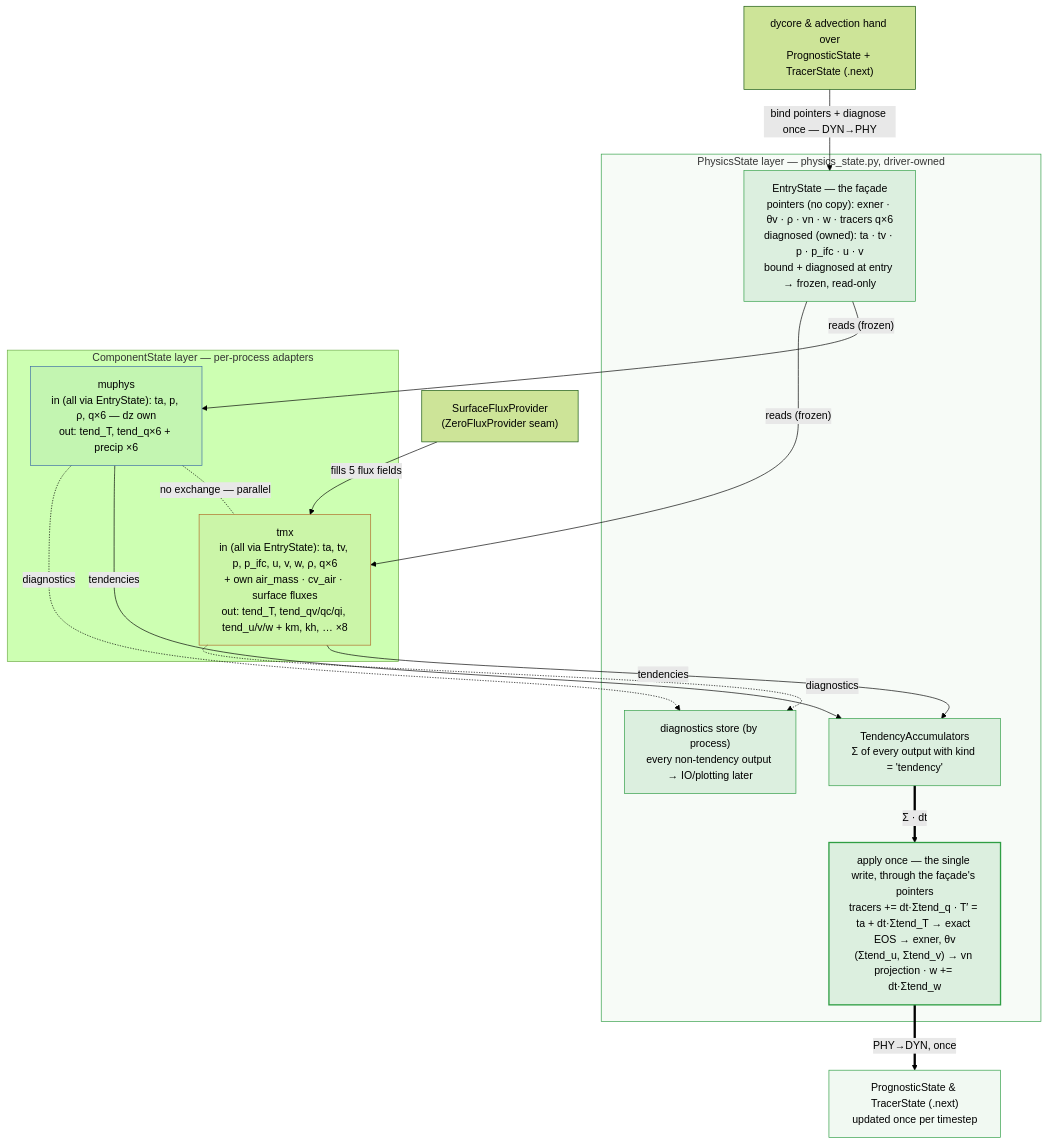
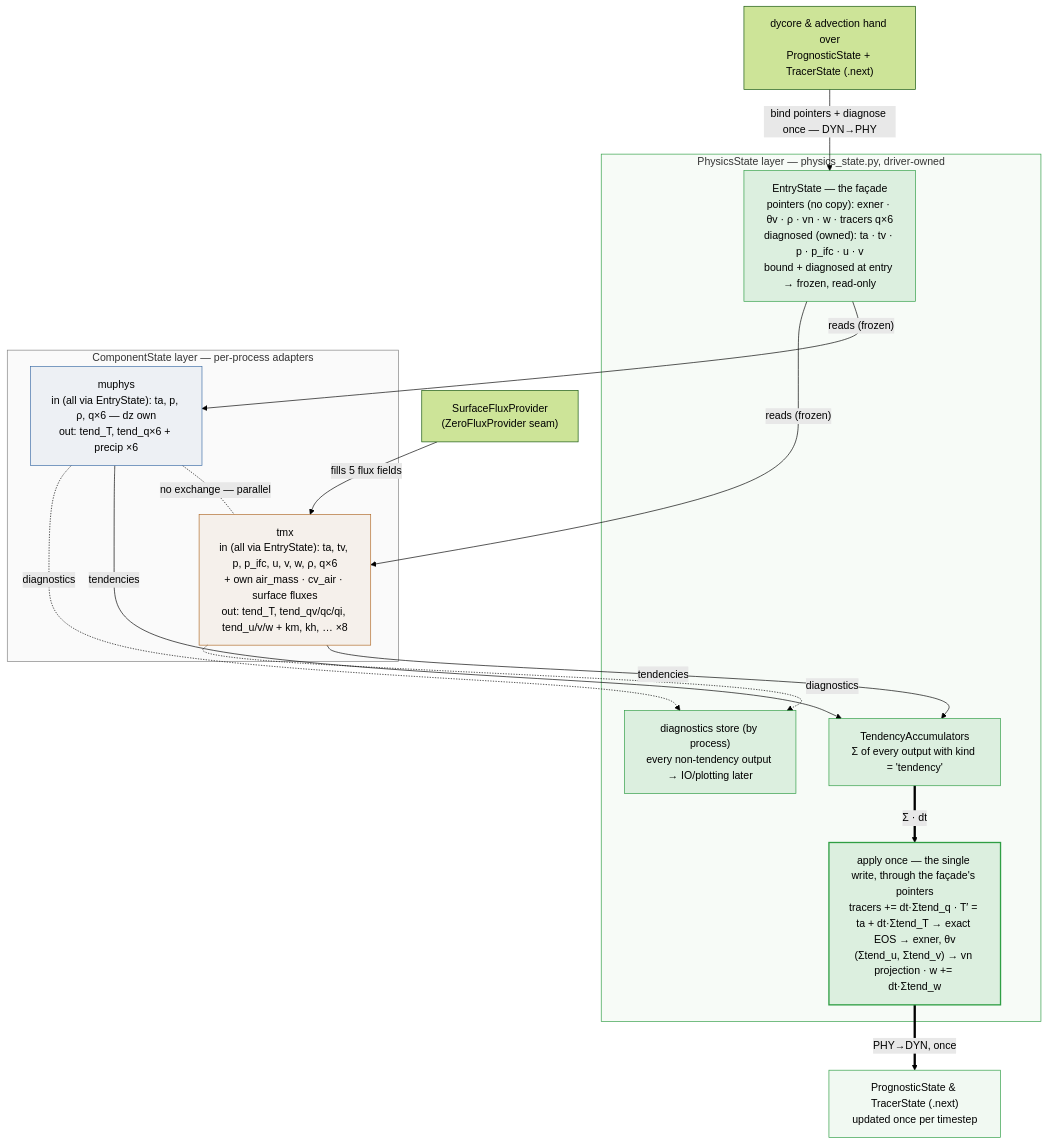
One commit to C2SM/icon4py-knowledge changed the third of 3 diagrams in content/personal/Yilu/physics-interface-current-design.md. Above: the diagram before and after it, drawn with Mermaid (forest theme).

Commit message:
Trim discussion points to open items; green PhysicsState layer in design graph

````diff
--- a/content/personal/Yilu/physics-interface-current-design.md
+++ b/content/personal/Yilu/physics-interface-current-design.md
@@ -109,37 +109,38 @@
 ```mermaid
 flowchart TD
     H["dycore & advection hand over<br/>PrognosticState + TracerState (.next)"]
     subgraph L["PhysicsState layer — physics_state.py, driver-owned"]
       E["EntryState — the façade<br/>pointers (no copy): exner · θv · ρ · vn · w · tracers q×6<br/>diagnosed (owned): ta · tv · p · p_ifc · u · v<br/>bound + diagnosed at entry → frozen, read-only"]
       ACC["TendencyAccumulators<br/>Σ of every output with kind = 'tendency'"]
       DIA["diagnostics store (by process)<br/>every non-tendency output → IO/plotting later"]
       APP["apply once — the single write, through the façade's pointers<br/>tracers += dt·Σtend_q · T′ = ta + dt·Σtend_T → exact EOS → exner, θv<br/>(Σtend_u, Σtend_v) → vn projection · w += dt·Σtend_w"]
     end
     subgraph C["ComponentState layer — per-process adapters"]
       MU["muphys<br/>in (all via EntryState): ta, p, ρ, q×6 — dz own<br/>out: tend_T, tend_q×6 + precip ×6"]
       TX["tmx<br/>in (all via EntryState): ta, tv, p, p_ifc, u, v, w, ρ, q×6<br/>+ own air_mass · cv_air · surface fluxes<br/>out: tend_T, tend_qv/qc/qi, tend_u/v/w + km, kh, … ×8"]
     end
     SF["SurfaceFluxProvider<br/>(ZeroFluxProvider seam)"]
     OUT["PrognosticState & TracerState (.next)<br/>updated once per timestep"]
 
     H -->|"bind pointers + diagnose once — DYN→PHY"| E
     E -->|"reads (frozen)"| MU
     E -->|"reads (frozen)"| TX
     SF -->|"fills 5 flux fields"| TX
     MU -. "no exchange — parallel" .- TX
     MU -->|"tendencies"| ACC
     TX -->|"tendencies"| ACC
     MU -.->|"diagnostics"| DIA
     TX -.->|"diagnostics"| DIA
     ACC ==>|"Σ · dt"| APP
     APP ==>|"PHY→DYN, once"| OUT
 
     style L fill:#2F9E440A,stroke:#2F9E44
+    style C fill:#8080800A,stroke:#808080
     style E fill:#2F9E4422,stroke:#2F9E44
     style ACC fill:#2F9E4422,stroke:#2F9E44
     style DIA fill:#2F9E4422,stroke:#2F9E44
     style APP fill:#2F9E4422,stroke:#2F9E44,stroke-width:2px
     style MU fill:#3D6DA611,stroke:#3D6DA6
     style TX fill:#B06A2811,stroke:#B06A28
     style OUT fill:#2F9E4411,stroke:#2F9E44
 ```
````
